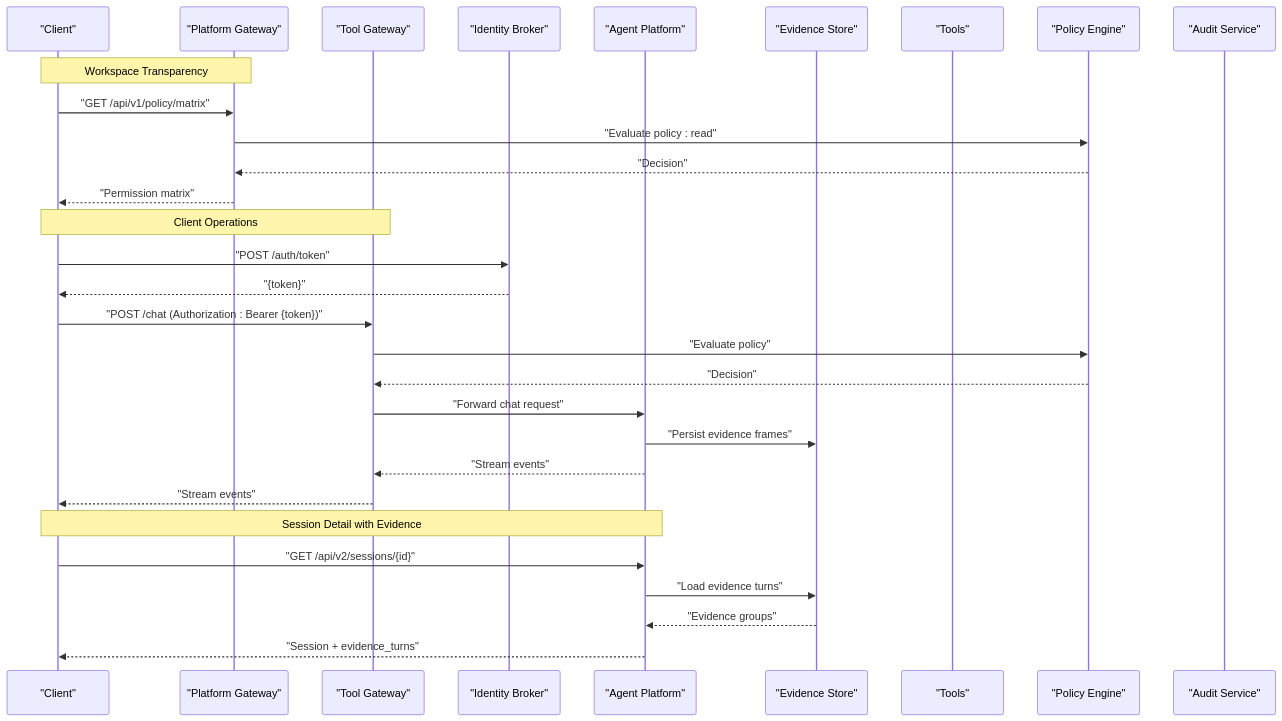
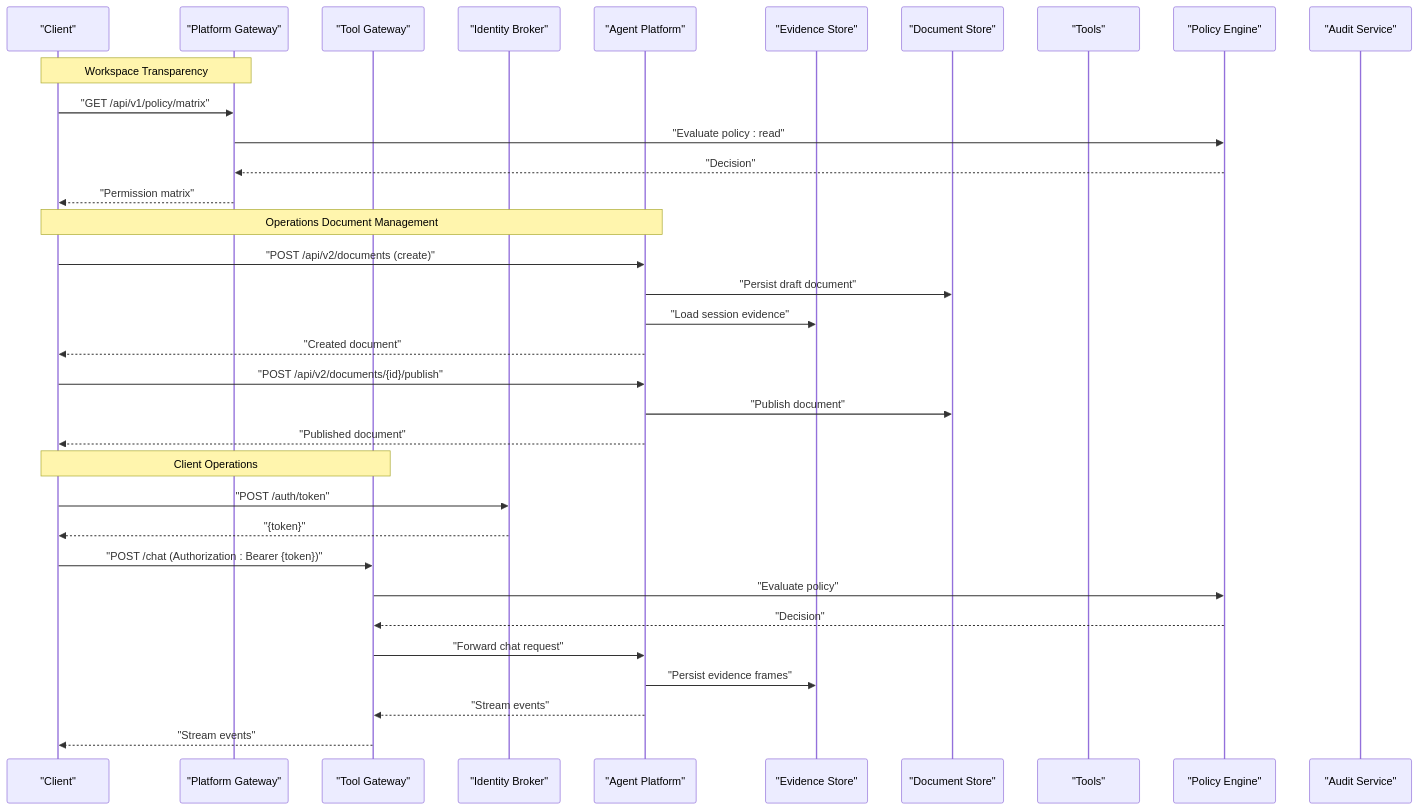
One commit to metasync/luban-aiops changed the second of 3 diagrams in .qoder/repowiki/en/content/API Reference/API Reference.md. Above: the diagram before and after it, drawn with Mermaid. The commit also changed other lines of this file and 101 other files, not shown here.

Commit message:
docs: refresh repowiki for SPEC-039 operations document repository delivery

````diff
--- a/.qoder/repowiki/en/content/API Reference/API Reference.md
+++ b/.qoder/repowiki/en/content/API Reference/API Reference.md
@@ -170,32 +180,36 @@
 ```mermaid
 sequenceDiagram
 participant C as "Client"
 participant PG as "Platform Gateway"
 participant TG as "Tool Gateway"
 participant I as "Identity Broker"
 participant A as "Agent Platform"
 participant ES as "Evidence Store"
+participant DS as "Document Store"
 participant T as "Tools"
 participant P as "Policy Engine"
 participant AS as "Audit Service"
 Note over C,PG : Workspace Transparency
 C->>PG : "GET /api/v1/policy/matrix"
 PG->>P : "Evaluate policy : read"
 P-->>PG : "Decision"
 PG-->>C : "Permission matrix"
+Note over C,A : Operations Document Management
+C->>A : "POST /api/v2/documents (create)"
+A->>DS : "Persist draft document"
+A->>ES : "Load session evidence"
+A-->>C : "Created document"
+C->>A : "POST /api/v2/documents/{id}/publish"
+A->>DS : "Publish document"
+A-->>C : "Published document"
 Note over C,TG : Client Operations
 C->>I : "POST /auth/token"
 I-->>C : "{token}"
 C->>TG : "POST /chat (Authorization : Bearer {token})"
 TG->>P : "Evaluate policy"
 P-->>TG : "Decision"
 TG->>A : "Forward chat request"
 A->>ES : "Persist evidence frames"
 A-->>TG : "Stream events"
 TG-->>C : "Stream events"
-Note over C,A : Session Detail with Evidence
-C->>A : "GET /api/v2/sessions/{id}"
-A->>ES : "Load evidence turns"
-ES-->>A : "Evidence groups"
-A-->>C : "Session + evidence_turns"
 ```
````
